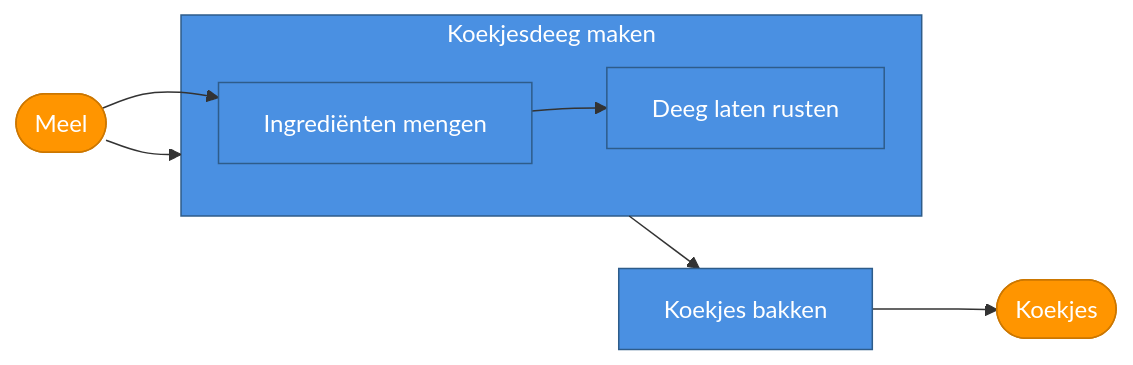
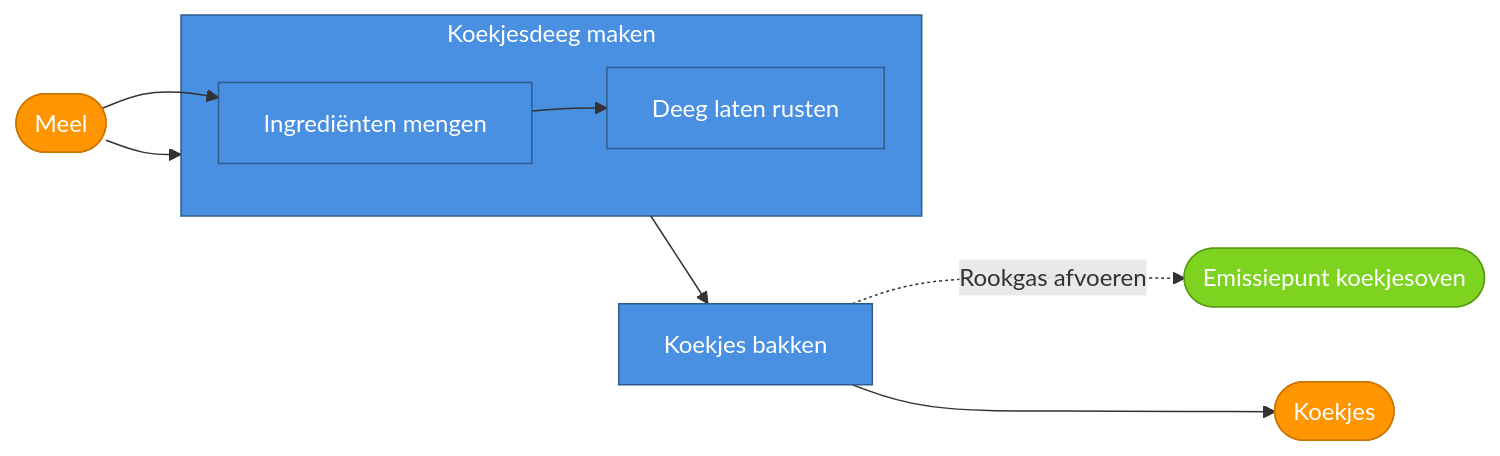
The diagram in documentatie/bin/activiteit-visualisatie/fabriek-proces-genest.mmd (milieuinfo/RIE-IEPR), drawn with Mermaid before and after one commit. The commit also changed 63 other files, not shown here.

```diff
--- a/documentatie/bin/activiteit-visualisatie/fabriek-proces-genest.mmd
+++ b/documentatie/bin/activiteit-visualisatie/fabriek-proces-genest.mmd
@@ -1,20 +1,23 @@
 flowchart LR
     step3["Koekjes bakken"]
     style step3 color:white,fill:#4A90E2,stroke:#2E5C8A,color:#fff
     subgraph step0["Koekjesdeeg maken"]
     step1["Ingrediënten mengen"]
     style step1 color:white,fill:#4A90E2,stroke:#2E5C8A,color:#fff
     step2["Deeg laten rusten"]
     style step2 color:white,fill:#4A90E2,stroke:#2E5C8A,color:#fff
     end
     style step0 color:white,fill:#4A90E2,stroke:#2E5C8A,color:#fff
+    emissiepunt0(["Emissiepunt koekjesoven"])
+    style emissiepunt0 color:white,fill:#7ED321,stroke:#5A9E17,color:#fff
     stof0(["Meel"])
     style stof0 color:white,fill:#FF9500,stroke:#CC7700,color:#fff
     stof1(["Koekjes"])
     style stof1 color:white,fill:#FF9500,stroke:#CC7700,color:#fff
 
     step1 --> step2
     step0 --> step3
+    step3 -.->|Rookgas afvoeren| emissiepunt0
     stof0 --> step0
     stof0 --> step1
     step3 --> stof1
```
